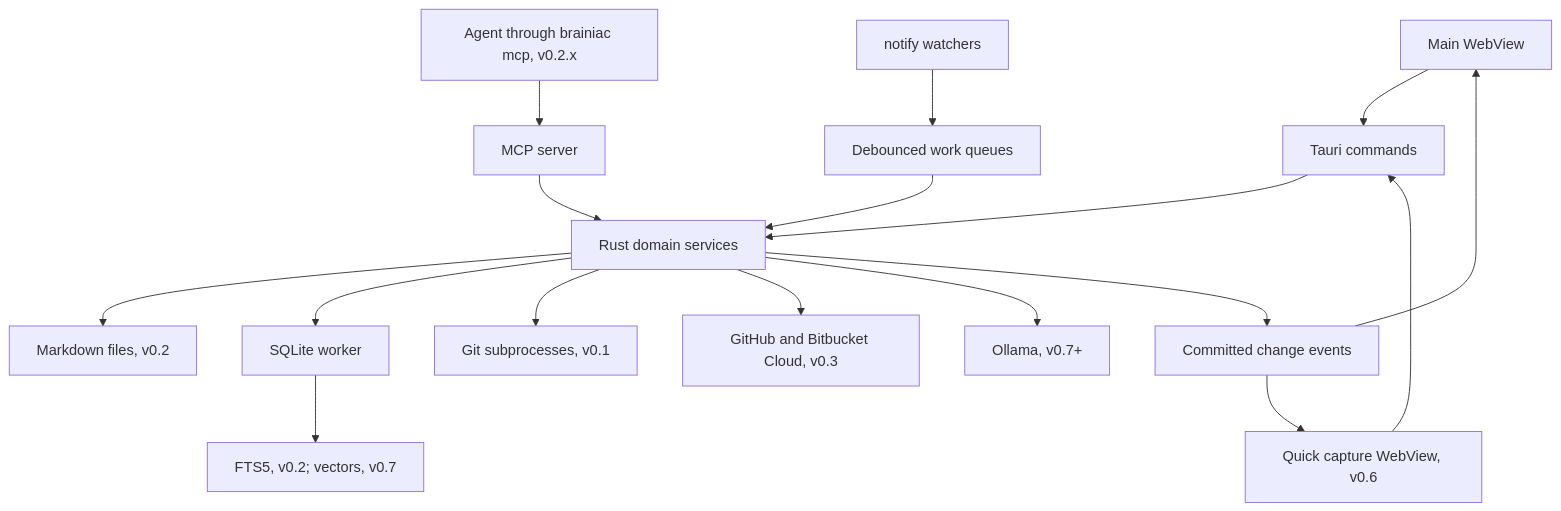
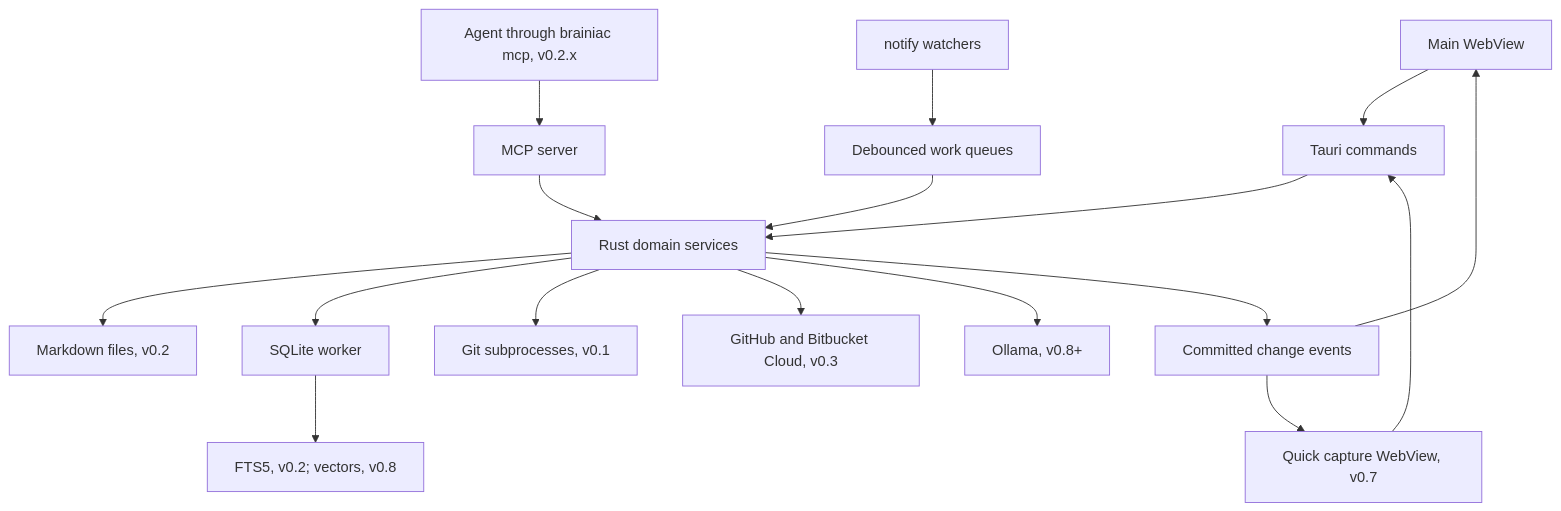
One commit to B87/brainiac changed the first of 2 diagrams in docs/architecture.md. Above: the diagram before and after it, drawn with Mermaid. The commit also changed other lines of this file and 6 other files, not shown here.

````diff
--- a/docs/architecture.md
+++ b/docs/architecture.md
@@ -40,19 +40,19 @@
 ```mermaid
 flowchart TD
     Main[Main WebView] --> IPC[Tauri commands]
     Agent[Agent through brainiac mcp, v0.2.x] --> MCP[MCP server]
     MCP --> Services
-    Capture[Quick capture WebView, v0.6] --> IPC
+    Capture[Quick capture WebView, v0.7] --> IPC
     IPC --> Services[Rust domain services]
     Services --> Files[Markdown files, v0.2]
     Services --> DB[SQLite worker]
     Watch[notify watchers] --> Queue[Debounced work queues]
     Queue --> Services
     Services --> Git[Git subprocesses, v0.1]
     Services --> Forges[GitHub and Bitbucket Cloud, v0.3]
-    Services --> AI[Ollama, v0.7+]
-    DB --> Search[FTS5, v0.2; vectors, v0.7]
+    Services --> AI[Ollama, v0.8+]
+    DB --> Search[FTS5, v0.2; vectors, v0.8]
     Services --> Events[Committed change events]
     Events --> Main
     Events --> Capture
 ```
````
